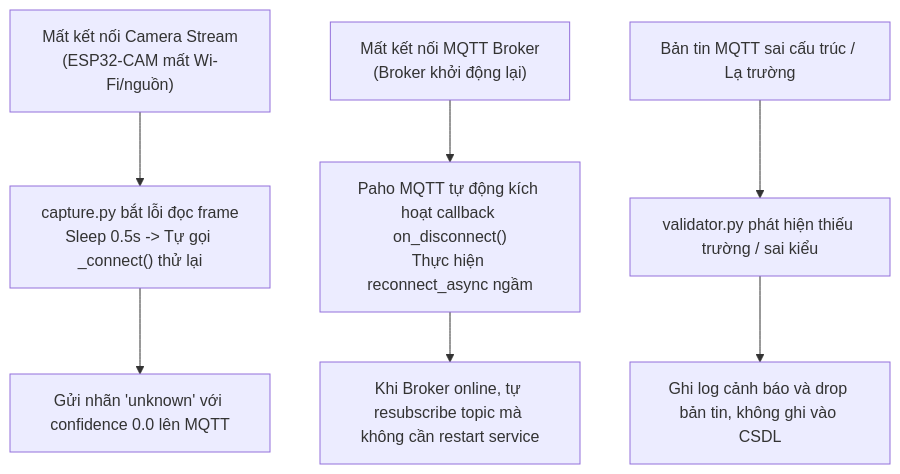
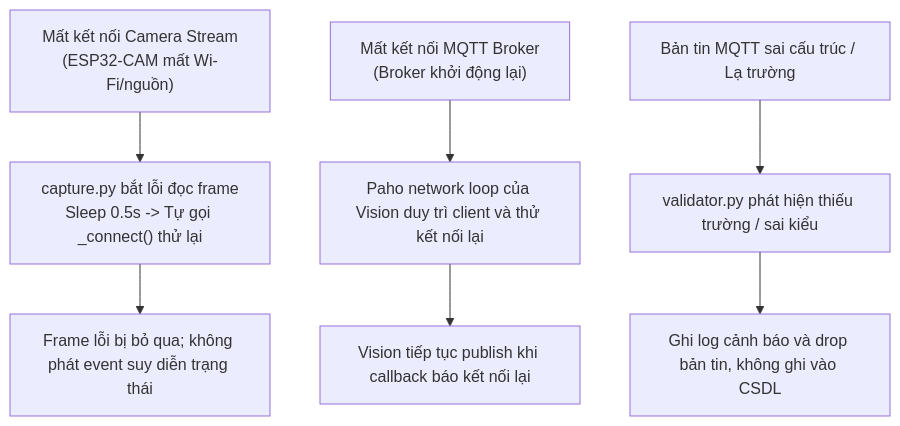
Before and after one commit to DangKimAn/classroom-posture-iot: the third of 3 diagrams in docs/FLOWS.md, drawn with Mermaid. The commit also changed other lines of this file and 45 other files, not shown here.

````diff
--- a/docs/FLOWS.md
+++ b/docs/FLOWS.md
@@ -106,11 +106,11 @@
 ```mermaid
 flowchart TD
     E1["Mất kết nối Camera Stream<br/>(ESP32-CAM mất Wi-Fi/nguồn)"] --> R1["capture.py bắt lỗi đọc frame<br/>Sleep 0.5s -> Tự gọi _connect() thử lại"]
-    R1 --> S1["Gửi nhãn 'unknown' với confidence 0.0 lên MQTT"]
+    R1 --> S1["Frame lỗi bị bỏ qua; không phát event suy diễn trạng thái"]
 
-    E2["Mất kết nối MQTT Broker<br/>(Broker khởi động lại)"] --> R2["Paho MQTT tự động kích hoạt callback on_disconnect()<br/>Thực hiện reconnect_async ngầm"]
-    R2 --> S2["Khi Broker online, tự resubscribe topic mà không cần restart service"]
+    E2["Mất kết nối MQTT Broker<br/>(Broker khởi động lại)"] --> R2["Paho network loop của Vision duy trì client và thử kết nối lại"]
+    R2 --> S2["Vision tiếp tục publish khi callback báo kết nối lại"]
 
     E3["Bản tin MQTT sai cấu trúc / Lạ trường"] --> R3["validator.py phát hiện thiếu trường / sai kiểu"]
     R3 --> S3["Ghi log cảnh báo và drop bản tin, không ghi vào CSDL"]
 ```
````
